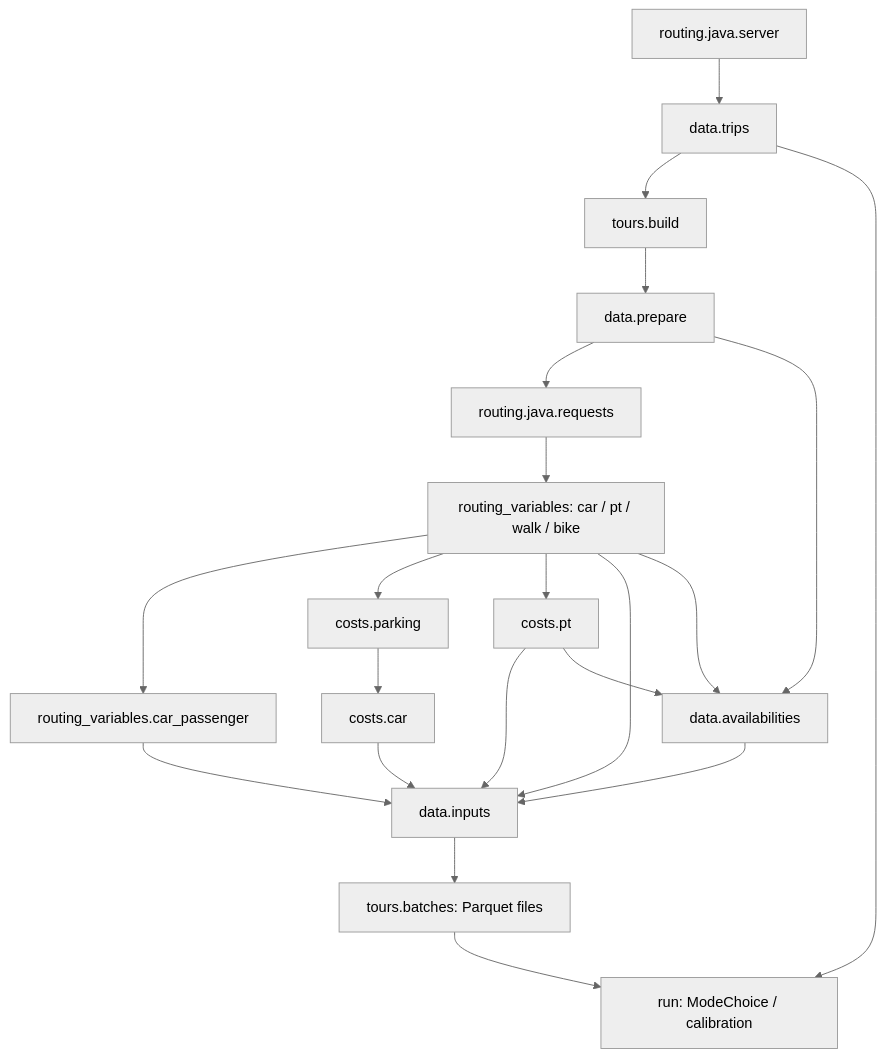
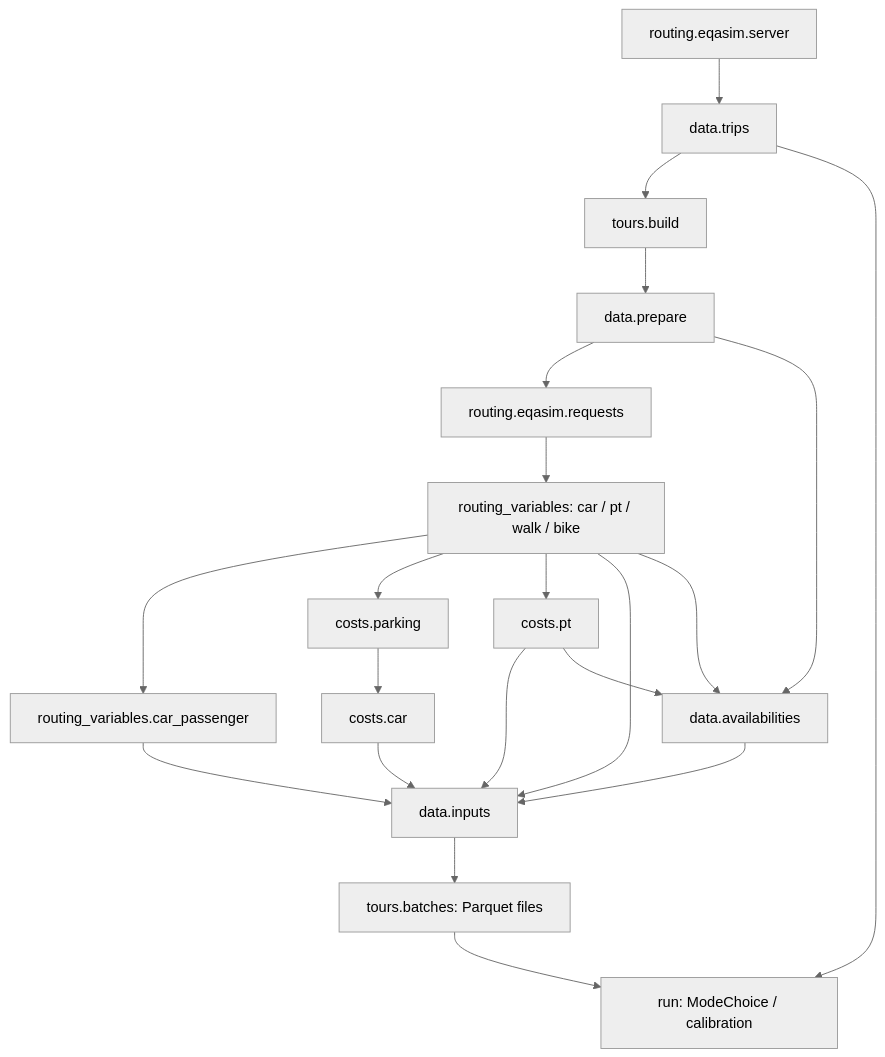
One commit to eqasim-org/eqasim-switzerland changed the diagram in doc/mode_choice/README.md. Above: the diagram before and after it, drawn with Mermaid (neutral theme). The commit also changed other lines of this file and 34 other files, not shown here.

````diff
--- a/doc/mode_choice/README.md
+++ b/doc/mode_choice/README.md
@@ -80,23 +80,23 @@
 ```mermaid
 flowchart TD
-    server[routing.java.server] --> trips[data.trips]
+    server[routing.eqasim.server] --> trips[data.trips]
     trips --> identify[tours.build]
     identify --> features[data.prepare]
-    features --> requests[routing.java.requests]
+    features --> requests[routing.eqasim.requests]
     requests --> routes[routing_variables: car / pt / walk / bike]
     routes --> passenger[routing_variables.car_passenger]
     routes --> parking[costs.parking]
     parking --> carcost[costs.car]
     routes --> fares[costs.pt]
     routes --> inputs[data.inputs]
     passenger --> inputs
     carcost --> inputs
     fares --> inputs
     features --> availability[data.availabilities]
     routes --> availability
     fares --> availability
     availability --> inputs
     inputs --> batches[tours.batches: Parquet files]
     batches --> run[run: ModeChoice / calibration]
     trips --> run
 ```
````
